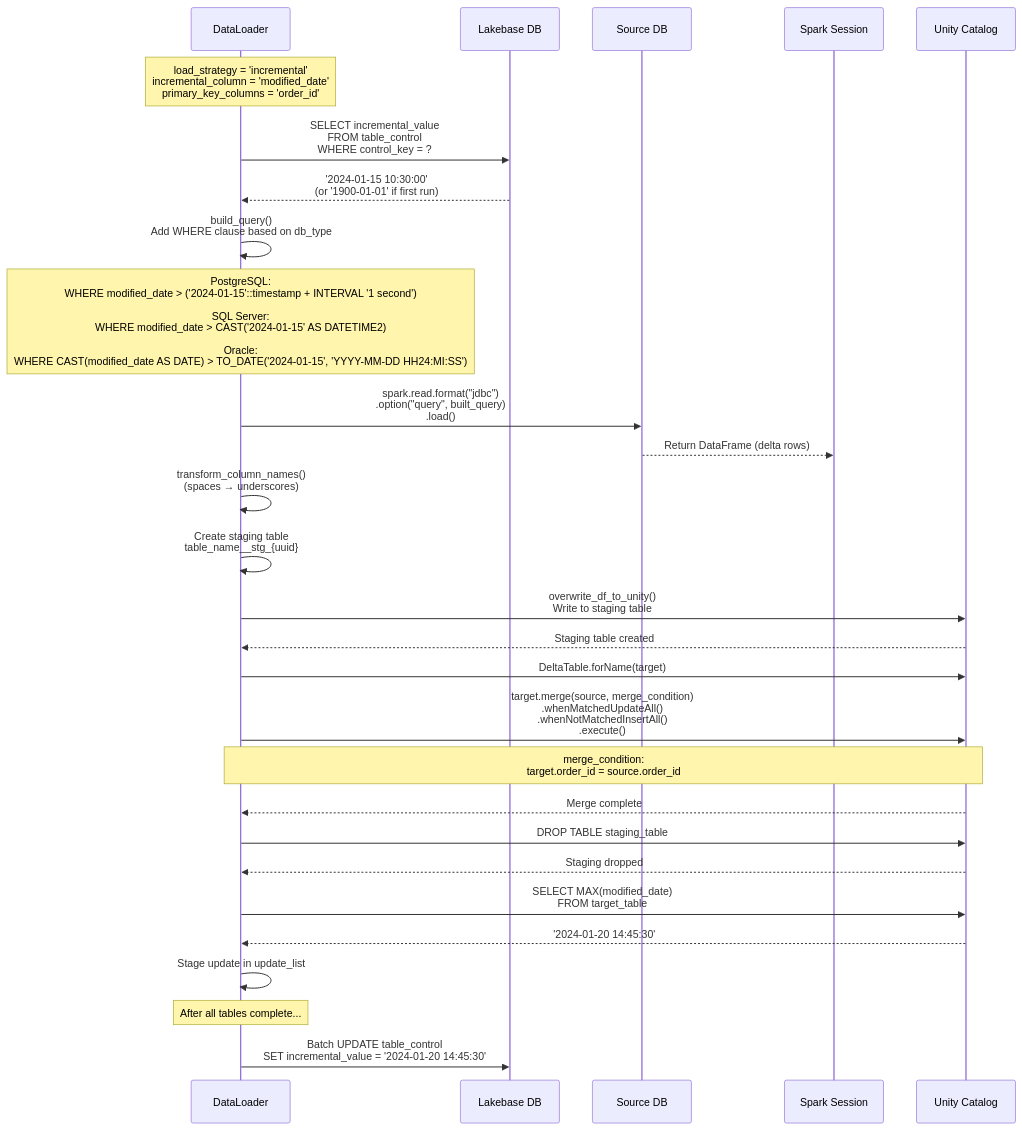
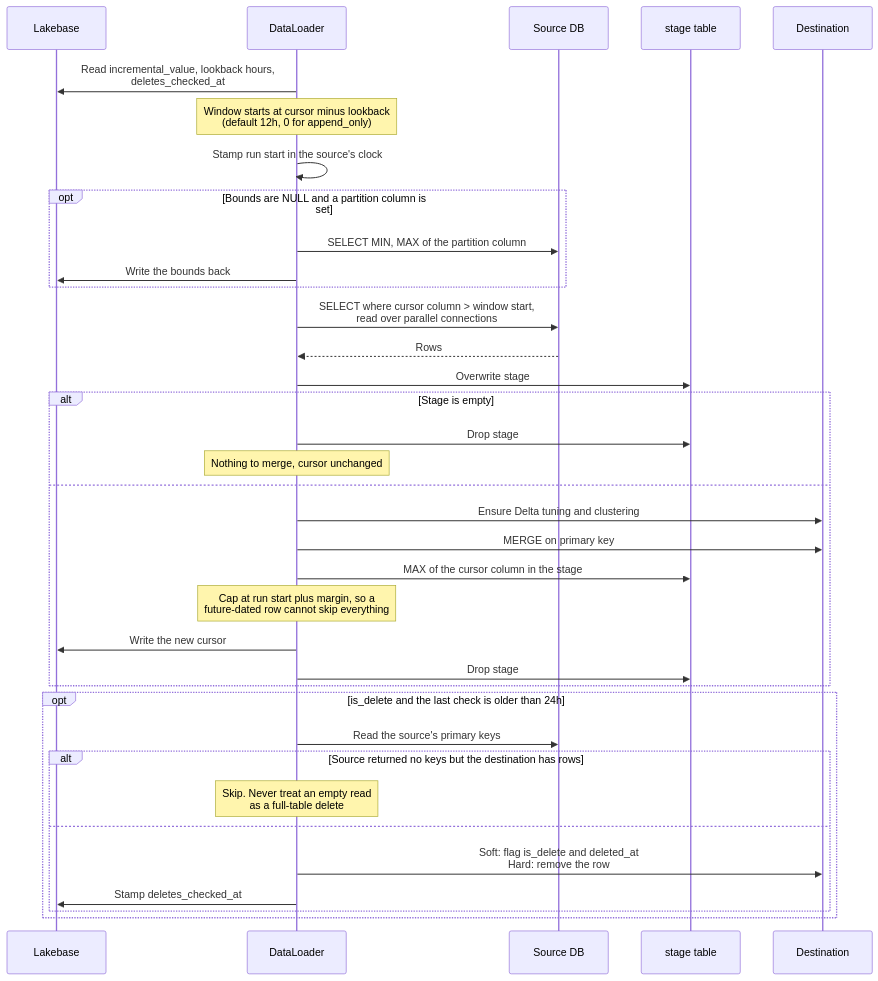
Before and after one commit to DakotaDataEng/dataloader-docs: the third of 5 diagrams in diagrams/03-sequence-diagrams.md, drawn with Mermaid. The commit also changed other lines of this file and 40 other files, not shown here.

````diff
--- a/diagrams/03-sequence-diagrams.md
+++ b/diagrams/03-sequence-diagrams.md
@@ -119,46 +112,43 @@
 ```mermaid
 sequenceDiagram
+    participant LB as Lakebase
     participant DL as DataLoader
-    participant Lakebase as Lakebase DB
-    participant Source as Source DB
-    participant Spark as Spark Session
-    participant UC as Unity Catalog
+    participant SRC as Source DB
+    participant STG as stage table
+    participant DEST as Destination
 
-    Note over DL: load_strategy = 'incremental'<br/>incremental_column = 'modified_date'<br/>primary_key_columns = 'order_id'
+    DL->>LB: Read incremental_value, lookback hours,<br/>deletes_checked_at
+    Note over DL: Window starts at cursor minus lookback<br/>(default 12h, 0 for append_only)
+    DL->>DL: Stamp run start in the source's clock
 
-    DL->>Lakebase: SELECT incremental_value<br/>FROM table_control<br/>WHERE control_key = ?
-    Lakebase-->>DL: '2024-01-15 10:30:00'<br/>(or '1900-01-01' if first run)
+    opt Bounds are NULL and a partition column is set
+        DL->>SRC: SELECT MIN, MAX of the partition column
+        DL->>LB: Write the bounds back
+    end
 
-    DL->>DL: build_query()<br/>Add WHERE clause based on db_type
+    DL->>SRC: SELECT where cursor column > window start,<br/>read over parallel connections
+    SRC-->>DL: Rows
 
-    Note over DL: PostgreSQL:<br/>WHERE modified_date > ('2024-01-15'::timestamp + INTERVAL '1 second')<br/><br/>SQL Server:<br/>WHERE modified_date > CAST('2024-01-15' AS DATETIME2)<br/><br/>Oracle:<br/>WHERE CAST(modified_date AS DATE) > TO_DATE('2024-01-15', 'YYYY-MM-DD HH24:MI:SS')
+    DL->>STG: Overwrite stage
+    alt Stage is empty
+        DL->>STG: Drop stage
+        Note over DL: Nothing to merge, cursor unchanged
+    else
+        DL->>DEST: Ensure Delta tuning and clustering
+        DL->>DEST: MERGE on primary key
+        DL->>STG: MAX of the cursor column in the stage
+        Note over DL: Cap at run start plus margin, so a<br/>future-dated row cannot skip everything
+        DL->>LB: Write the new cursor
+        DL->>STG: Drop stage
+    end
 
-    DL->>Source: spark.read.format("jdbc")<br/>.option("query", built_query)<br/>.load()
-    Source-->>Spark: Return DataFrame (delta rows)
-
-    DL->>DL: transform_column_names()<br/>(spaces → underscores)
-
-    DL->>DL: Create staging table<br/>table_name__stg_{uuid}
-
-    DL->>UC: overwrite_df_to_unity()<br/>Write to staging table
-    UC-->>DL: Staging table created
-
-    DL->>UC: DeltaTable.forName(target)
-    DL->>UC: target.merge(source, merge_condition)<br/>.whenMatchedUpdateAll()<br/>.whenNotMatchedInsertAll()<br/>.execute()
-
-    Note over DL,UC: merge_condition:<br/>target.order_id = source.order_id
-
-    UC-->>DL: Merge complete
-
-    DL->>UC: DROP TABLE staging_table
-    UC-->>DL: Staging dropped
-
-    DL->>UC: SELECT MAX(modified_date)<br/>FROM target_table
-    UC-->>DL: '2024-01-20 14:45:30'
-
-    DL->>DL: Stage update in update_list
-
-    Note over DL: After all tables complete...
-
-    DL->>Lakebase: Batch UPDATE table_control<br/>SET incremental_value = '2024-01-20 14:45:30'
+    opt is_delete and the last check is older than 24h
+        DL->>SRC: Read the source's primary keys
+        alt Source returned no keys but the destination has rows
+            Note over DL: Skip. Never treat an empty read<br/>as a full-table delete
+        else
+            DL->>DEST: Soft: flag is_delete and deleted_at<br/>Hard: remove the row
+            DL->>LB: Stamp deletes_checked_at
+        end
+    end
 ```
````
